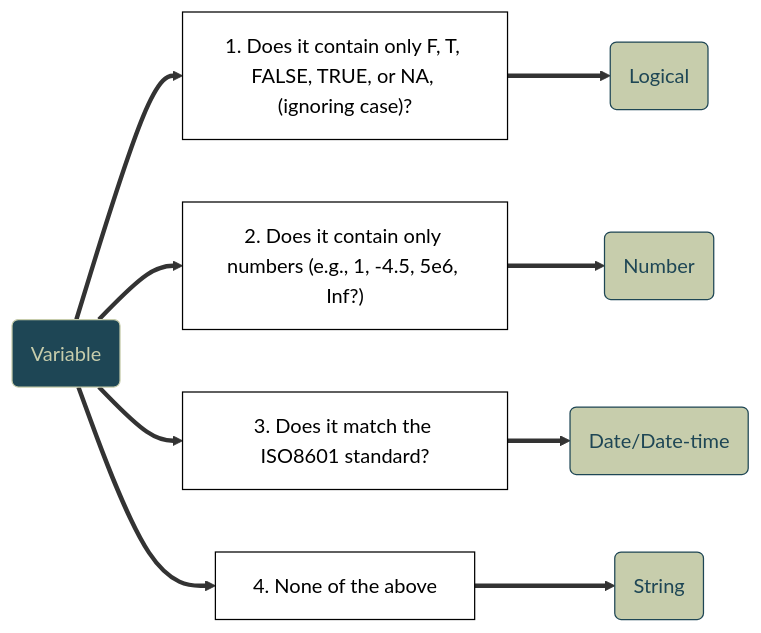
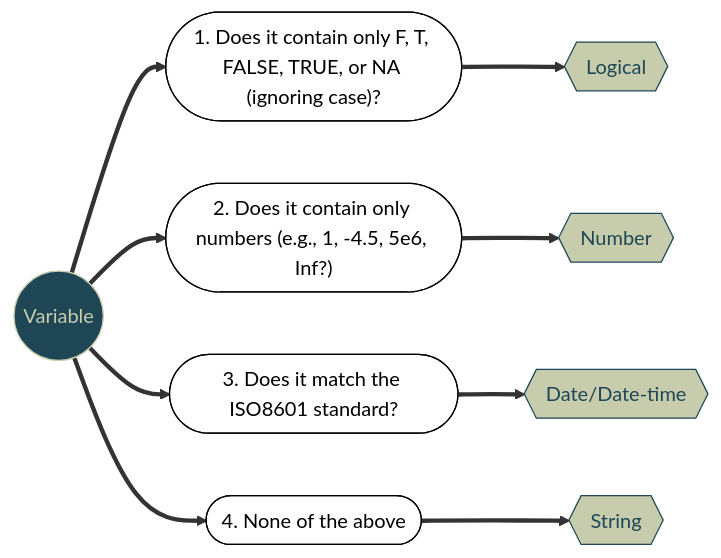
The first of 5 diagrams in Lectures/Lecture4/CSSS508_Lecture4.qmd (vsass/CSSS508), drawn with Mermaid before and after one commit. The commit also changed other lines of this file and 21 other files, not shown here.

````diff
--- a/Lectures/Lecture4/CSSS508_Lecture4.qmd
+++ b/Lectures/Lecture4/CSSS508_Lecture4.qmd
@@ -354,21 +356,21 @@
 ```{mermaid}
 %%| echo: false
 %%| fig-width: 11
 %%| fig-height: 5.5
 %%| fig-align: center
 flowchart LR
-    id1(Variable)==>A["1. Does it contain only F, T, FALSE, TRUE, or NA, (ignoring case)?"]==>id2(Logical)
-    id1(Variable)==>B["2. Does it contain only numbers (e.g., 1, -4.5, 5e6, Inf?)"]==>id3(Number)
-    id1(Variable)==>C["3. Does it match the ISO8601 standard?"]==>id4(Date/Date-time)
-    id1(Variable)==>D["4. None of the above"]==>id5(String)
+    id1((Variable))==>A(["1. Does it contain only F, T, FALSE, TRUE, or NA (ignoring case)?"])==>id2{{Logical}}
+    id1((Variable))==>B(["2. Does it contain only numbers (e.g., 1, -4.5, 5e6, Inf?)"])==>id3{{Number}}
+    id1((Variable))==>C(["3. Does it match the ISO8601 standard?"])==>id4{{Date/Date-time}}
+    id1((Variable))==>D(["4. None of the above"])==>id5{{String}}
     style id1 fill:#1e4655,color:#c7cdac,stroke:#c7cdac
     style id2 fill:#c7cdac,color:#1e4655,stroke:#1e4655
     style id3 fill:#c7cdac,color:#1e4655,stroke:#1e4655
     style id4 fill:#c7cdac,color:#1e4655,stroke:#1e4655
     style id5 fill:#c7cdac,color:#1e4655,stroke:#1e4655
     style A fill:#FFFFFF,color:#000000,stroke:#000000
     style B fill:#FFFFFF,color:#000000,stroke:#000000
     style C fill:#FFFFFF,color:#000000,stroke:#000000
     style D fill:#FFFFFF,color:#000000,stroke:#000000
 
 ```
````
